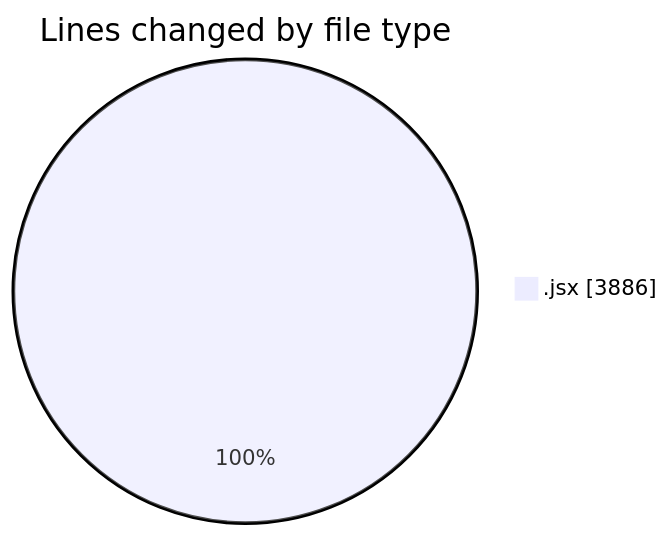
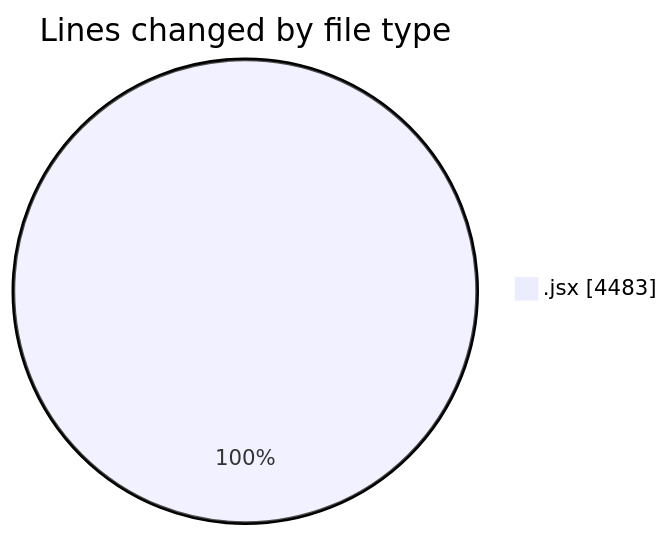
One commit to nxtqubesakshisongat/code-tracking changed the first of 2 diagrams in 2025-09-25/nxtqube_webapp/README.md. Above: the diagram before and after it, drawn with Mermaid. The commit also changed other lines of this file and 1 other file, not shown here.

````diff
--- a/2025-09-25/nxtqube_webapp/README.md
+++ b/2025-09-25/nxtqube_webapp/README.md
@@ -21,5 +21,5 @@
 ```mermaid
 pie showData
 title Lines changed by file type
-".jsx" : 3886
+".jsx" : 4483
 ```
````
